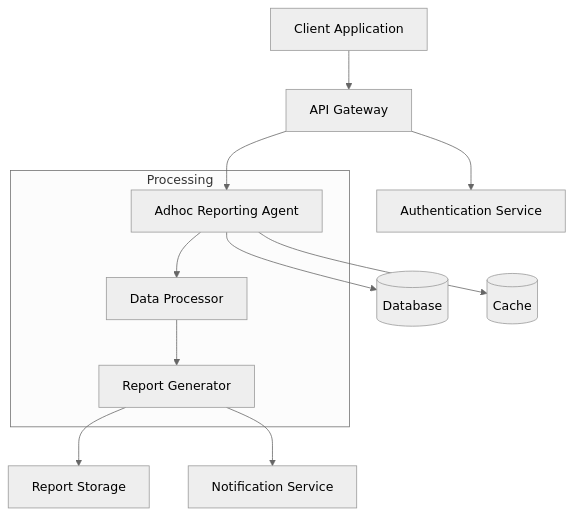
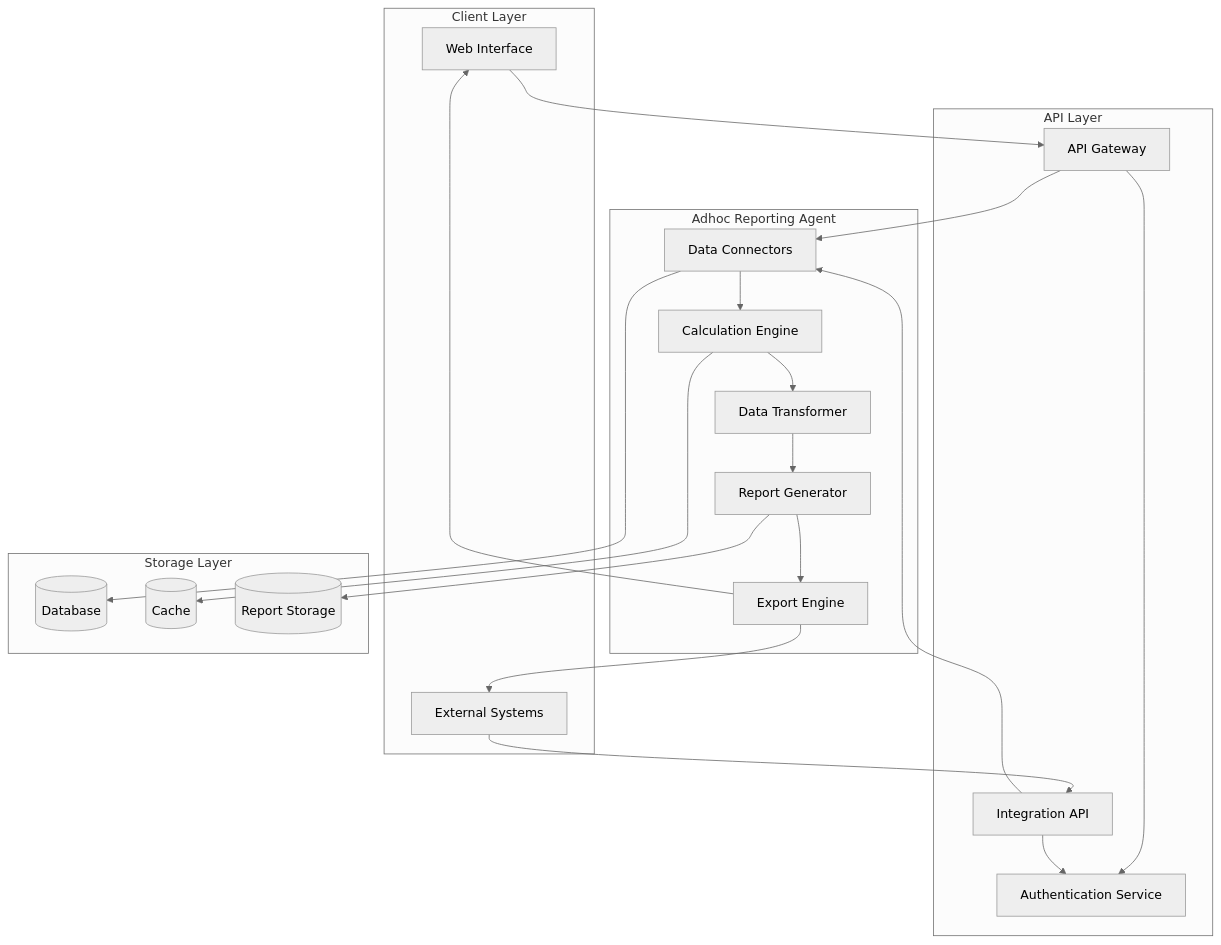
The diagram in README.md (SuibhneOFoighil/AdhocReportingAgent), drawn with Mermaid (neutral theme) before and after one commit. The commit also changed other lines of this file, not shown here.

Commit message:
updated readme with business case and architecture

````diff
--- a/README.md
+++ b/README.md
@@ -2,14 +30,52 @@
 ```mermaid
 graph TD
-    Client[Client Application] --> API[API Gateway]
-    API --> Auth[Authentication Service]
-    API --> Agent[Adhoc Reporting Agent]
-    Agent --> DB[(Database)]
-    Agent --> Cache[(Cache)]
-    subgraph Processing
-    Agent --> DataProcessor[Data Processor]
-    DataProcessor --> ReportGenerator[Report Generator]
+    subgraph "Client Layer"
+        WebUI[Web Interface]
+        ExtSys[External Systems]
     end
-    ReportGenerator --> Storage[Report Storage]
-    ReportGenerator --> Notifier[Notification Service]
+
+    subgraph "API Layer"
+        API[API Gateway]
+        Auth[Authentication Service]
+        IntAPI[Integration API]
+    end
+
+    subgraph "Adhoc Reporting Agent"
+        DataConn[Data Connectors]
+        Calculator[Calculation Engine]
+        Transform[Data Transformer]
+        RepGen[Report Generator]
+        ExpEngine[Export Engine]
+    end
+
+    subgraph "Storage Layer"
+        DB[(Database)]
+        Cache[(Cache)]
+        RepStore[(Report Storage)]
+    end
+
+    %% Client Layer Connections
+    WebUI --> API
+    ExtSys --> IntAPI
+
+    %% API Layer Connections
+    API --> Auth
+    IntAPI --> Auth
+    API --> DataConn
+    IntAPI --> DataConn
+
+    %% Agent Internal Flow
+    DataConn --> Calculator
+    Calculator --> Transform
+    Transform --> RepGen
+    RepGen --> ExpEngine
+
+    %% Storage Connections
+    DataConn --> DB
+    Calculator --> Cache
+    RepGen --> RepStore
+
+    %% Output Flow
+    ExpEngine --> WebUI
+    ExpEngine --> ExtSys
 ```
````
